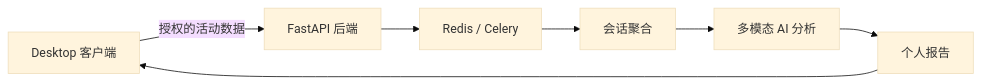
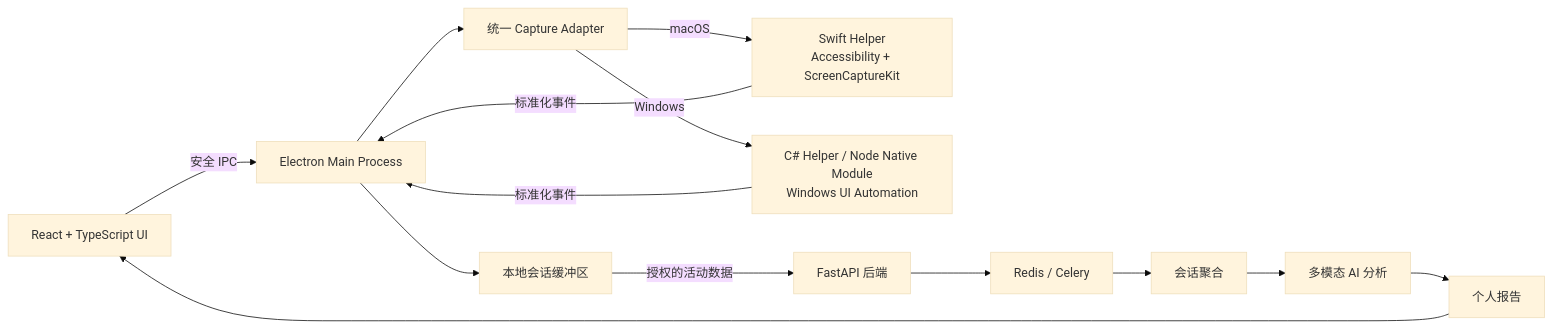
One commit to nezqt3/Mirror changed the second of 2 diagrams in README.md. Above: the diagram before and after it, drawn with Mermaid (base theme). The commit also changed other lines of this file and 38 other files, not shown here.

Commit message:
feat: add base structure of the project(mac + windows)

````diff
--- a/README.md
+++ b/README.md
@@ -175,9 +178,16 @@
 ```mermaid
 flowchart LR
-    D[Desktop 客户端] -->|授权的活动数据| API[FastAPI 后端]
+    UI[React + TypeScript UI] -->|安全 IPC| MAIN[Electron Main Process]
+    MAIN --> ADAPTER[统一 Capture Adapter]
+    ADAPTER -->|macOS| SWIFT[Swift Helper<br/>Accessibility + ScreenCaptureKit]
+    ADAPTER -->|Windows| WIN[C# Helper / Node Native Module<br/>Windows UI Automation]
+    SWIFT -->|标准化事件| MAIN
+    WIN -->|标准化事件| MAIN
+    MAIN --> BUFFER[本地会话缓冲区]
+    BUFFER -->|授权的活动数据| API[FastAPI 后端]
     API --> Q[Redis / Celery]
     Q --> AGG[会话聚合]
     AGG --> AI[多模态 AI 分析]
     AI --> R[个人报告]
-    R --> D
+    R --> UI
 ```
````
